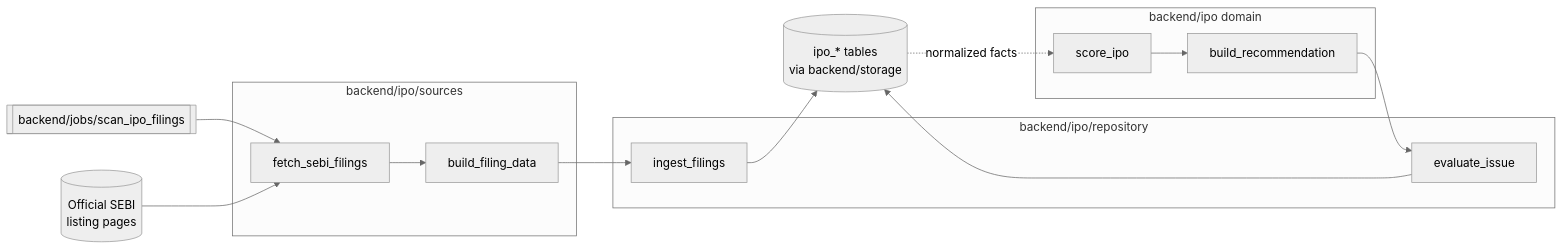
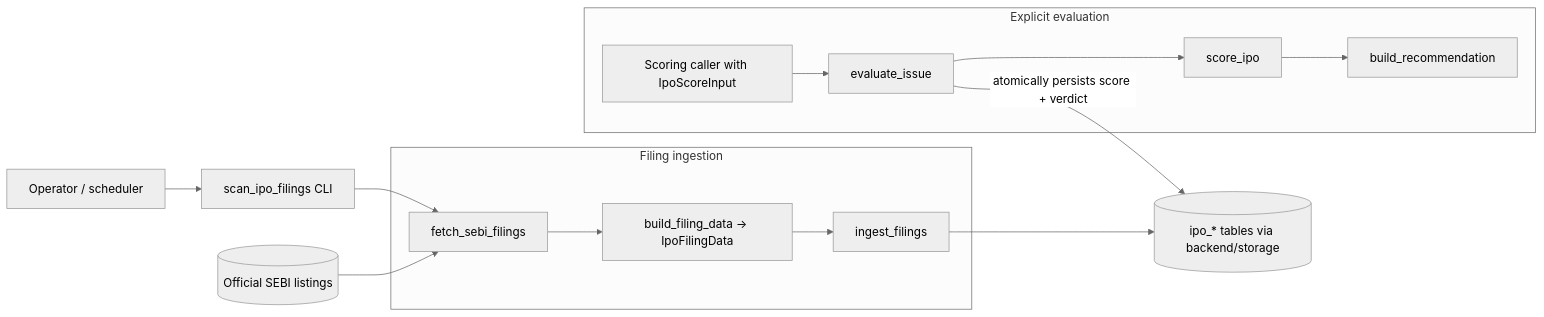
The diagram in docs/architecture/components/ipo-screener.md (DoRmAmMu1997/Streamlit-Scanner-App), drawn with Mermaid (neutral theme) before and after one commit. The commit also changed other lines of this file, not shown here.

Commit message:
docs: clarify IPO ingestion and evaluation boundaries

````diff
--- a/docs/architecture/components/ipo-screener.md
+++ b/docs/architecture/components/ipo-screener.md
@@ -33,22 +33,22 @@
 ```mermaid
 flowchart LR
-    SEBI[(Official SEBI<br/>listing pages)]
-    subgraph sources [backend/ipo/sources]
-      Fetch[fetch_sebi_filings]
-      Build[build_filing_data]
+    Operator["Operator / scheduler"] --> Job["scan_ipo_filings CLI"]
+    SEBI[("Official SEBI listings")]
+    subgraph Ingestion [Filing ingestion]
+      Fetch["fetch_sebi_filings"]
+      Build["build_filing_data -> IpoFilingData"]
+      Ingest["ingest_filings"]
     end
-    subgraph repo [backend/ipo/repository]
-      Ingest[ingest_filings]
-      Eval[evaluate_issue]
+    subgraph Evaluation [Explicit evaluation]
+      Caller["Scoring caller with IpoScoreInput"]
+      Eval["evaluate_issue"]
+      Score["score_ipo"]
+      Verdict["build_recommendation"]
     end
-    subgraph domain [backend/ipo domain]
-      Score[score_ipo]
-      Verdict[build_recommendation]
-    end
-    Storage[(ipo_* tables<br/>via backend/storage)]
-    Job[[backend/jobs/scan_ipo_filings]]
+    Storage[("ipo_* tables via backend/storage")]
 
     Job --> Fetch
     SEBI --> Fetch --> Build --> Ingest --> Storage
-    Storage -. normalized facts .-> Score --> Verdict --> Eval --> Storage
+    Caller --> Eval --> Score --> Verdict
+    Eval -->|atomically persists score + verdict| Storage
 ```
````
